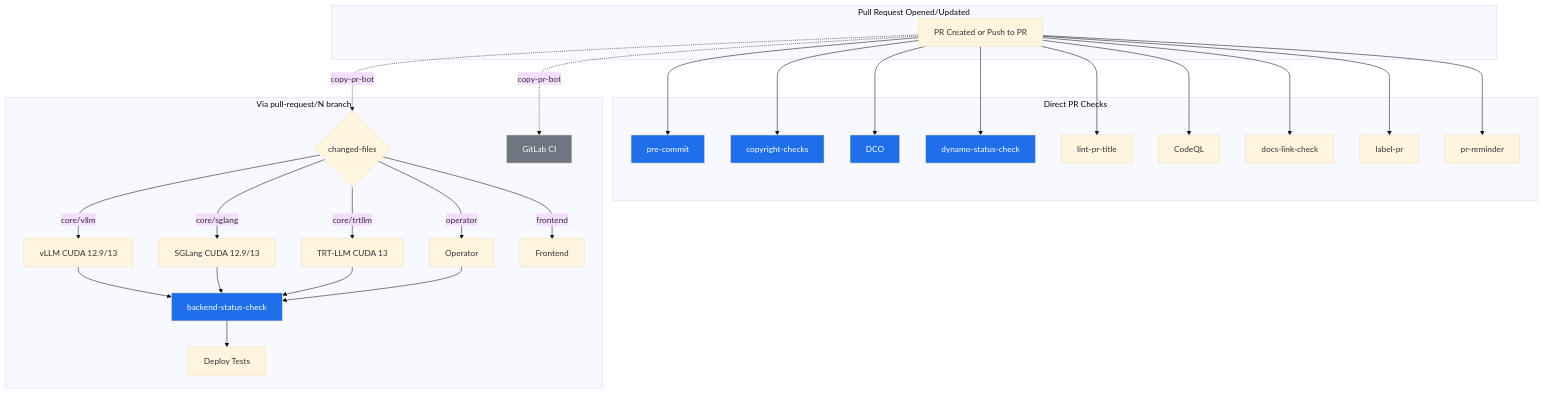
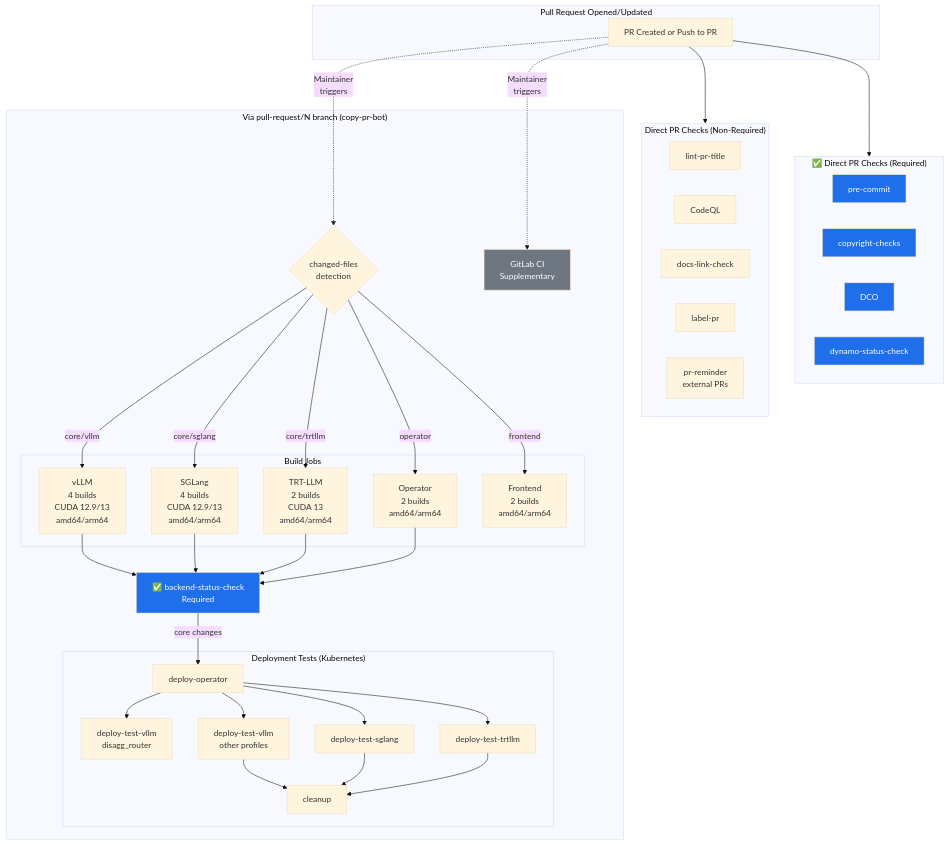
One commit to ai-dynamo/dynamo changed the second of 5 diagrams in .github/PR_WORKFLOW.md. Above: the diagram before and after it, drawn with Mermaid (base theme). The commit also changed other lines of this file and 2 other files, not shown here.

````diff
--- a/.github/PR_WORKFLOW.md
+++ b/.github/PR_WORKFLOW.md
@@ -32,47 +50,66 @@
 ```mermaid
 flowchart TD
     subgraph PR["Pull Request Opened/Updated"]
         A[PR Created or Push to PR]
     end
 
-    subgraph Direct["Direct PR Checks"]
+    subgraph Direct["✅ Direct PR Checks (Required)"]
         B[pre-commit]
         C[copyright-checks]
         E[DCO]
         I[dynamo-status-check]
+    end
+
+    subgraph DirectNonReq["Direct PR Checks (Non-Required)"]
         D[lint-pr-title]
         F[CodeQL]
         G[docs-link-check]
         P[label-pr]
-        Q[pr-reminder]
+        Q[pr-reminder<br/>external PRs]
     end
 
-    subgraph CopyPR["Via pull-request/N branch"]
-        H{changed-files}
-        J[vLLM CUDA 12.9/13]
-        K[SGLang CUDA 12.9/13]
-        L[TRT-LLM CUDA 13]
-        O[Operator]
-        R[Frontend]
-        M[backend-status-check]
-        S[Deploy Tests]
-        N[GitLab CI]
+    subgraph CopyPR["Via pull-request/N branch (copy-pr-bot)"]
+        H{changed-files<br/>detection}
+        
+        subgraph Builds["Build Jobs"]
+            J1[vLLM<br/>4 builds<br/>CUDA 12.9/13<br/>amd64/arm64]
+            K1[SGLang<br/>4 builds<br/>CUDA 12.9/13<br/>amd64/arm64]
+            L1[TRT-LLM<br/>2 builds<br/>CUDA 13<br/>amd64/arm64]
+            O1[Operator<br/>2 builds<br/>amd64/arm64]
+            R1[Frontend<br/>2 builds<br/>amd64/arm64]
+        end
+        
+        M[✅ backend-status-check<br/>Required]
+        
+        subgraph Deploy["Deployment Tests (Kubernetes)"]
+            S1[deploy-operator]
+            S2[deploy-test-vllm<br/>disagg_router]
+            S3[deploy-test-vllm<br/>other profiles]
+            S4[deploy-test-sglang]
+            S5[deploy-test-trtllm]
+            S6[cleanup]
+        end
+        
+        N[GitLab CI<br/>Supplementary]
     end
 
-    A --> B & C & I & D & E & F & G & P & Q
-    A -.->|copy-pr-bot| H & N
-    H -->|core/vllm| J
-    H -->|core/sglang| K
-    H -->|core/trtllm| L
-    H -->|operator| O
-    H -->|frontend| R
-    J & K & L & O --> M
-    M --> S
+    A --> Direct & DirectNonReq
+    A -.->|Maintainer<br/>triggers| H & N
+    H -->|core/vllm| J1
+    H -->|core/sglang| K1
+    H -->|core/trtllm| L1
+    H -->|operator| O1
+    H -->|frontend| R1
+    
+    J1 & K1 & L1 & O1 --> M
+    M -->|core changes| S1
+    S1 --> S2 & S3 & S4 & S5
+    S3 & S4 & S5 --> S6
 
     style B fill:#1f6feb,color:#fff
     style C fill:#1f6feb,color:#fff
     style E fill:#1f6feb,color:#fff
     style I fill:#1f6feb,color:#fff
     style M fill:#1f6feb,color:#fff
     style N fill:#6e7681,color:#fff
 ```
````
